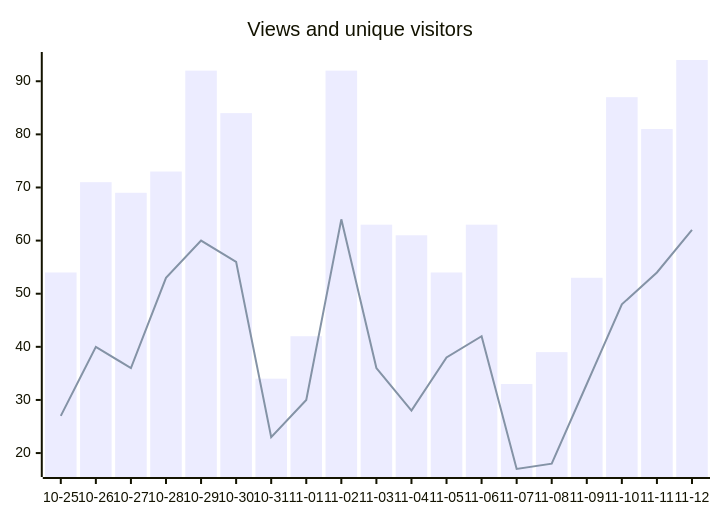
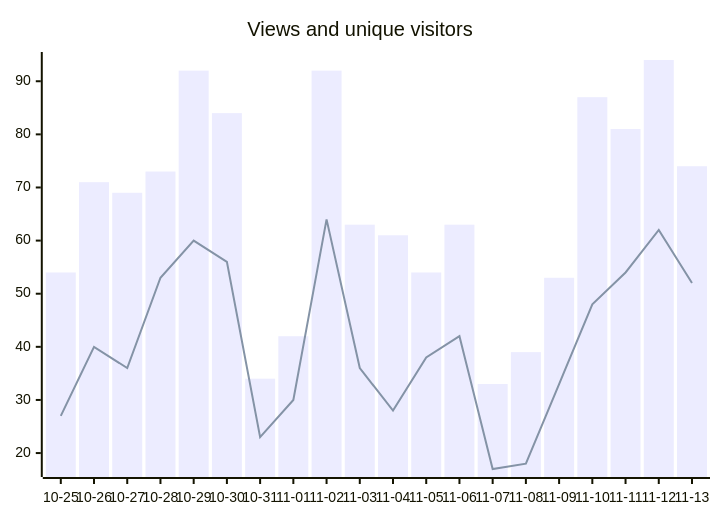
Before and after one commit to fmadore/Live-translation: the second of 2 diagrams in README.md, drawn with Mermaid. The commit also changed other lines of this file and 3 other files, not shown here.

````diff
--- a/README.md
+++ b/README.md
@@ -77,7 +77,7 @@
 ```mermaid
 xychart-beta
     title "Views and unique visitors"
-    x-axis ["10-25", "10-26", "10-27", "10-28", "10-29", "10-30", "10-31", "11-01", "11-02", "11-03", "11-04", "11-05", "11-06", "11-07", "11-08", "11-09", "11-10", "11-11", "11-12"]
-    bar [54, 71, 69, 73, 92, 84, 34, 42, 92, 63, 61, 54, 63, 33, 39, 53, 87, 81, 94]
-    line [27, 40, 36, 53, 60, 56, 23, 30, 64, 36, 28, 38, 42, 17, 18, 33, 48, 54, 62]
+    x-axis ["10-25", "10-26", "10-27", "10-28", "10-29", "10-30", "10-31", "11-01", "11-02", "11-03", "11-04", "11-05", "11-06", "11-07", "11-08", "11-09", "11-10", "11-11", "11-12", "11-13"]
+    bar [54, 71, 69, 73, 92, 84, 34, 42, 92, 63, 61, 54, 63, 33, 39, 53, 87, 81, 94, 74]
+    line [27, 40, 36, 53, 60, 56, 23, 30, 64, 36, 28, 38, 42, 17, 18, 33, 48, 54, 62, 52]
 ```
````
